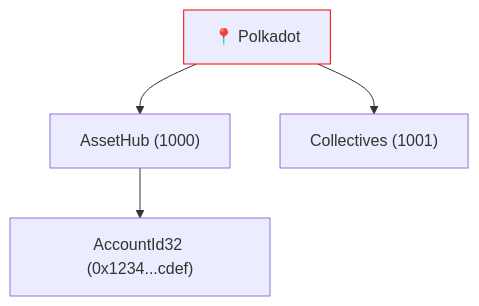
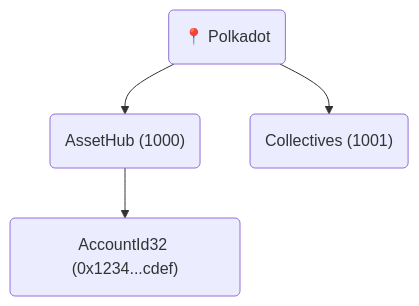
The ninth of 20 diagrams in syllabus/7-XCM/1-Core_Concepts_of_XCM/Core_Concepts_of_XCM_slides.md (Polkadot-Blockchain-Academy/pba-content), drawn with Mermaid before and after one commit. The commit also changed other lines of this file and 1 other file, not shown here.

Commit message:
Change mermaidjs theme

````diff
--- a/syllabus/7-XCM/1-Core_Concepts_of_XCM/Core_Concepts_of_XCM_slides.md
+++ b/syllabus/7-XCM/1-Core_Concepts_of_XCM/Core_Concepts_of_XCM_slides.md
@@ -441,7 +459,6 @@
 ```mermaid
 graph TD
-    Polkadot["📍 Polkadot"]-->AssetHub["AssetHub (1000)"]
-    Polkadot-->Collectives["Collectives (1001)"]
-    AssetHub-->Account["AccountId32 (0x1234...cdef)"]
-    style Polkadot stroke:red
+    Polkadot("📍 Polkadot")-->AssetHub("AssetHub (1000)")
+    Polkadot-->Collectives("Collectives (1001)")
+    AssetHub-->Account("AccountId32 (0x1234...cdef)")
 ```
````
